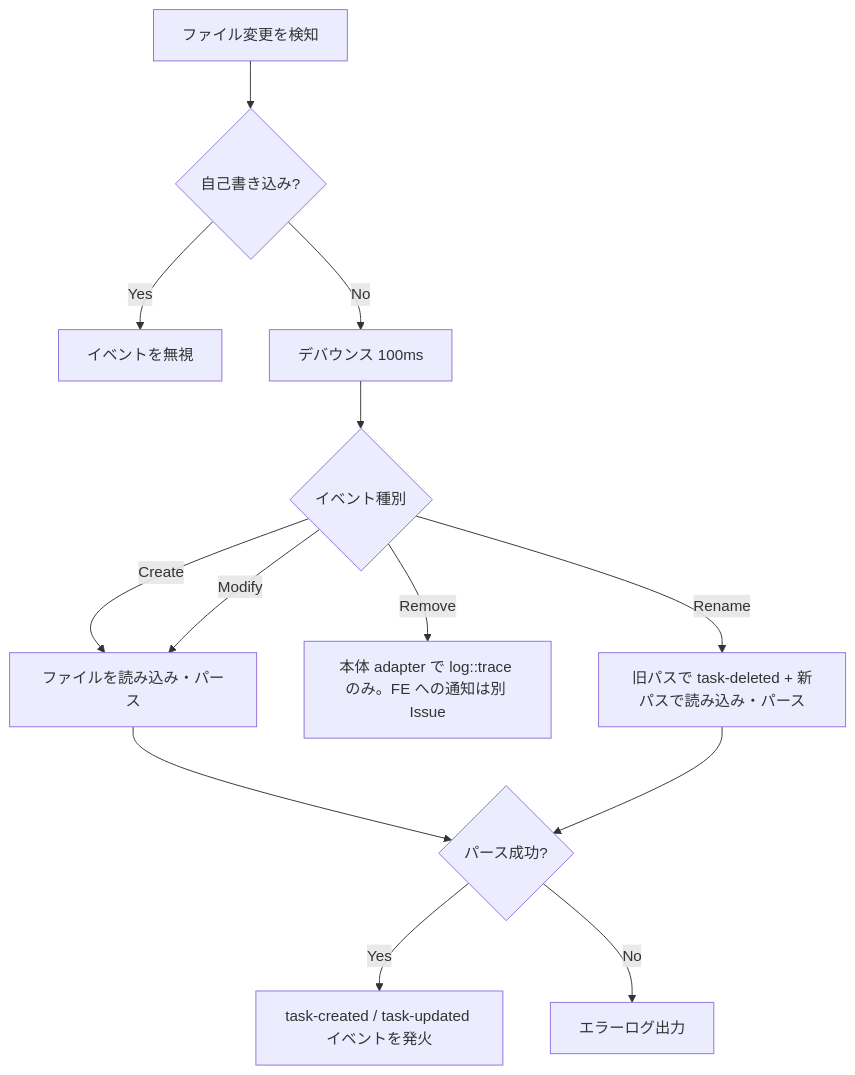
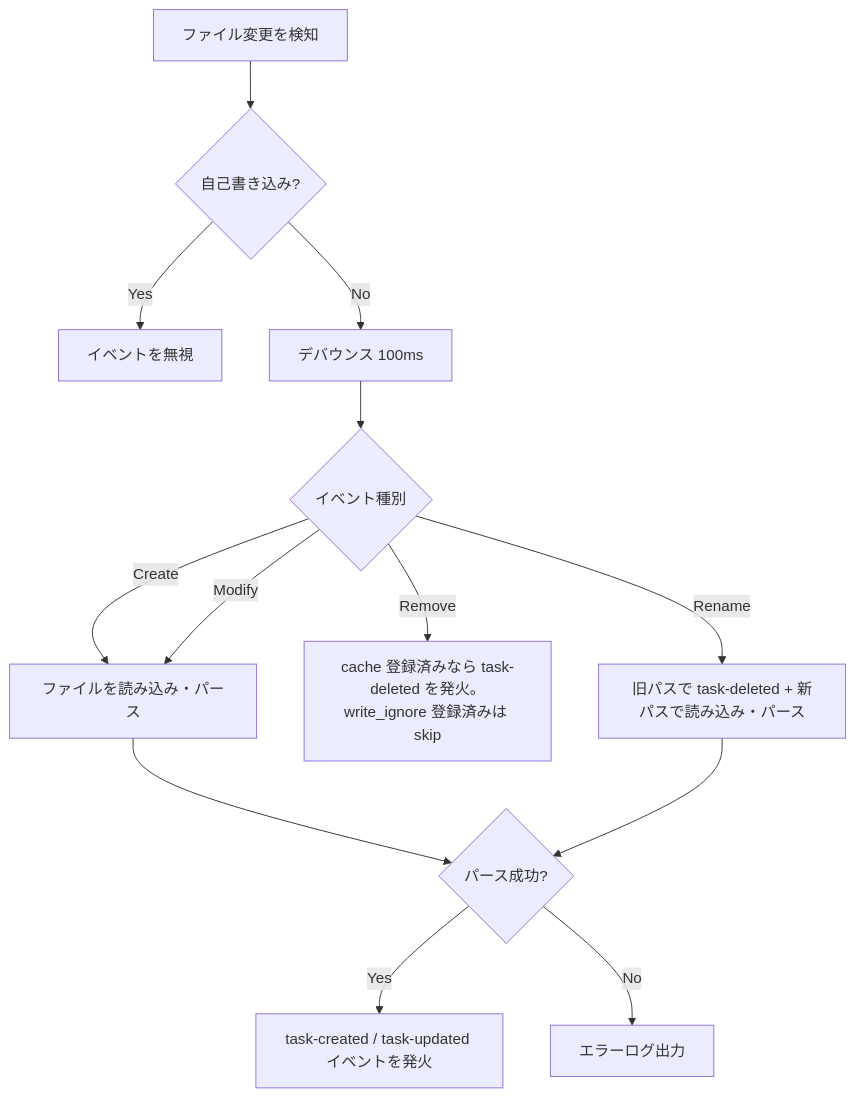
The diagram in docs/spec-board/file-system-spec.md (DIO0550/spec-board), drawn with Mermaid before and after one commit. The commit also changed other lines of this file and 3 other files, not shown here.

First line of the commit message:
✨ [New Feature]: #74 [BE] watcher Remove を task-deleted IPC として配信 (#199)

````diff
--- a/docs/spec-board/file-system-spec.md
+++ b/docs/spec-board/file-system-spec.md
@@ -266,15 +266,15 @@
 ```mermaid
 flowchart TD
     A[ファイル変更を検知] --> A1{自己書き込み?}
     A1 -->|Yes| A2[イベントを無視]
     A1 -->|No| B[デバウンス 100ms]
     B --> C{イベント種別}
     C -->|Create| D[ファイルを読み込み・パース]
     C -->|Modify| D
-    C -->|Remove| E[本体 adapter で log::trace のみ。FE への通知は別 Issue]
+    C -->|Remove| E[cache 登録済みなら task-deleted を発火。write_ignore 登録済みは skip]
     C -->|Rename| R[旧パスで task-deleted + 新パスで読み込み・パース]
     D --> F{パース成功?}
     R --> F
     F -->|Yes| G[task-created / task-updated イベントを発火]
     F -->|No| H[エラーログ出力]
 ```
````
